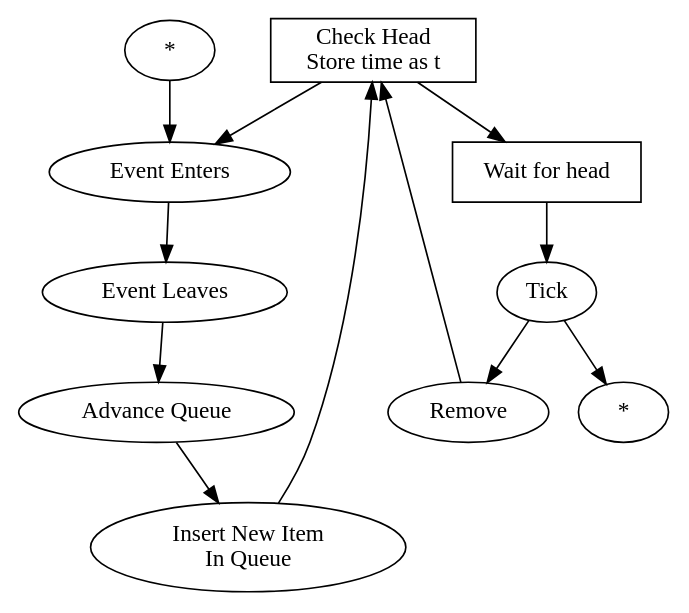
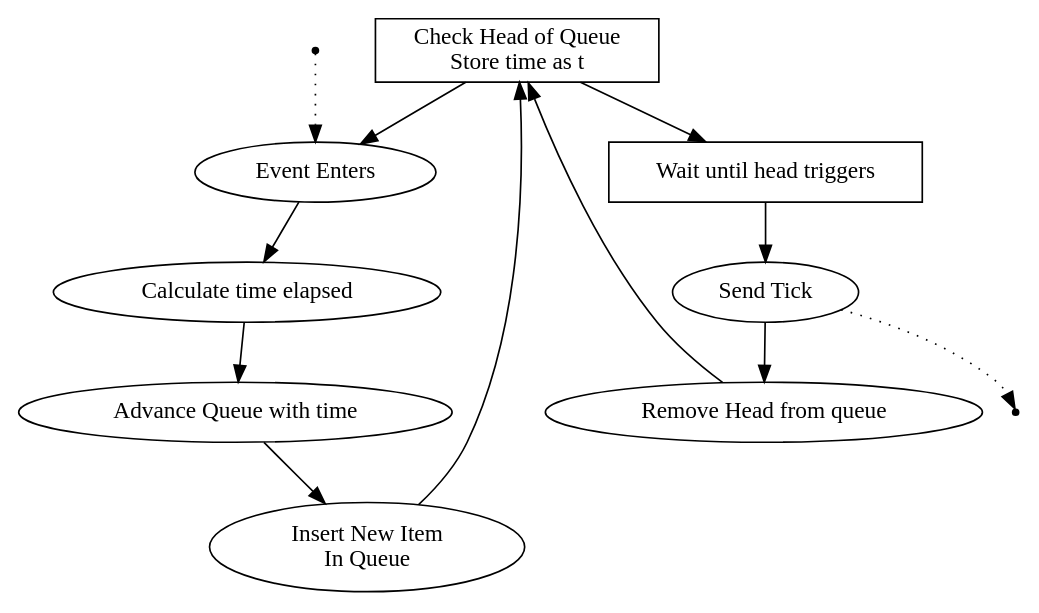
One commit to jlouis/combinatorrent changed the diagram in doc/timer.dot. Above: the diagram before and after it, drawn with Graphviz.

Commit message:
Improve the Timer description.

```diff
--- a/doc/timer.dot
+++ b/doc/timer.dot
@@ -1,23 +1,23 @@
 digraph {
-	check [label="Check Head\nStore time as t", shape=box];
-	waitForHead [label="Wait for head", shape=box];
-	tick [label="Tick"];
-	remove [label="Remove"];
-	ext_event [label="*"];
-	ext_event_l [label="*"];
+	check [label="Check Head of Queue\nStore time as t", shape=box];
+	waitForHead [label="Wait until head triggers", shape=box];
+	tick [label="Send Tick"];
+	remove [label="Remove Head from queue"];
+	ext_event [label="*", shape=point];
+	ext_event_l [label="*", shape=point];
 	eventEnters [label="Event Enters"];
-	elapsedCalc [label="Event Leaves"];
-	advanceQueue [label="Advance Queue"];
+	elapsedCalc [label="Calculate time elapsed"];
+	advanceQueue [label="Advance Queue with time"];
 	insertItem [label="Insert New Item\nIn Queue"];
 
 	check -> waitForHead;
 	check -> eventEnters;
-	ext_event -> eventEnters;
+	ext_event -> eventEnters [style=dotted];
 
 	waitForHead -> tick;
 	tick -> remove;
-	tick -> ext_event_l;
+	tick -> ext_event_l [style=dotted];
 	remove -> check;
 
 	eventEnters -> elapsedCalc -> advanceQueue -> insertItem -> check;
 }
```
